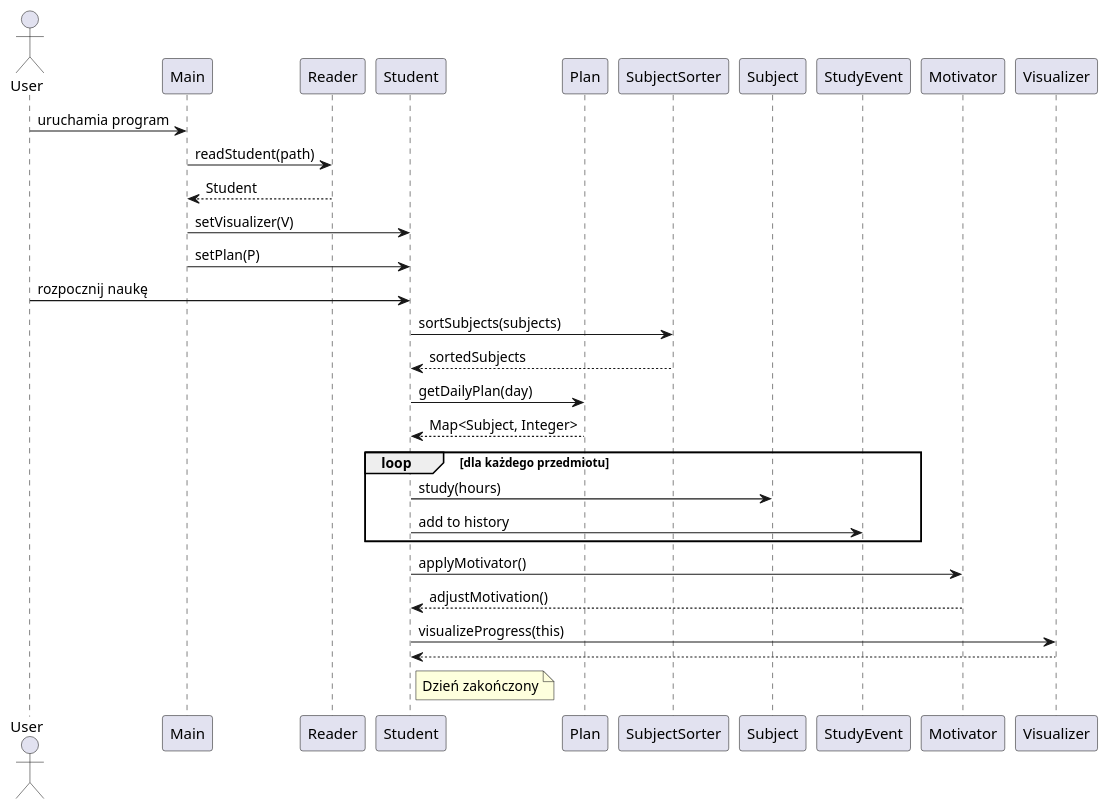
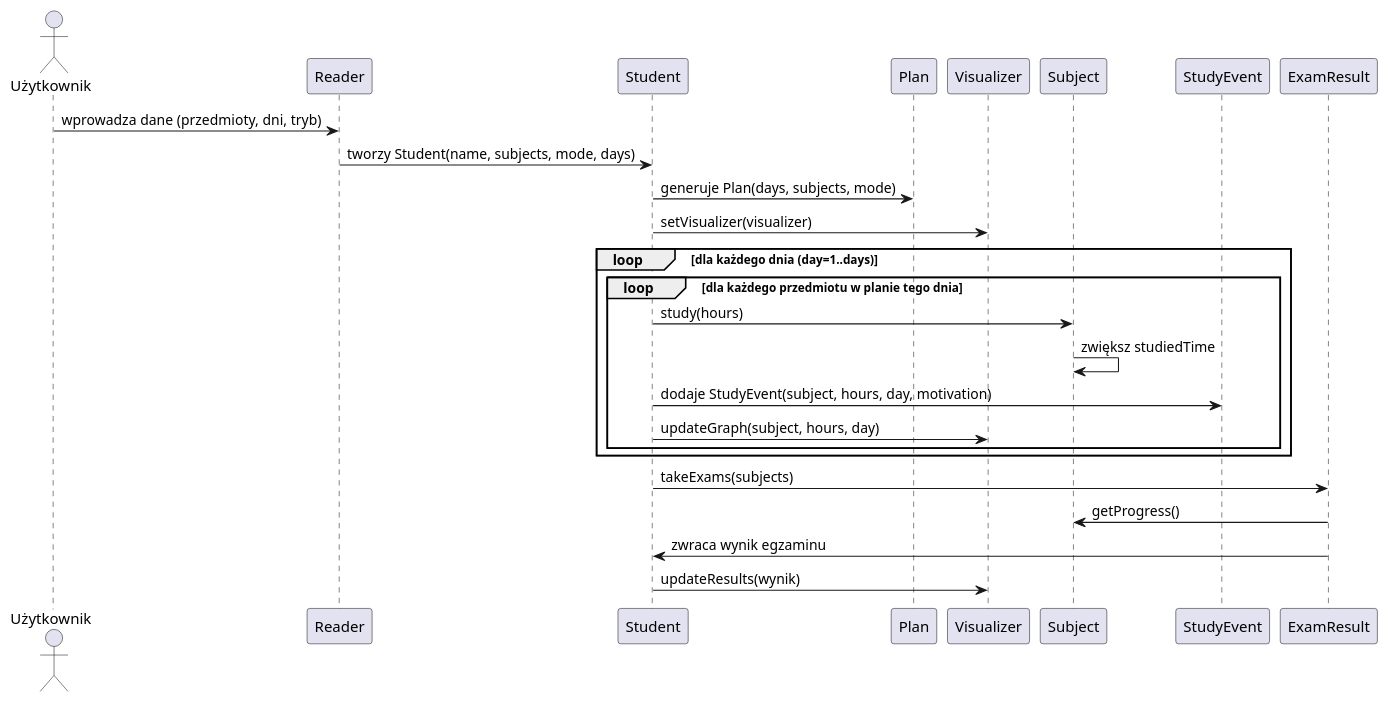
One commit to Krzyzak321/Symulator_Sesji changed the diagram in uml/Diagram sekwencji.puml. Above: the diagram before and after it, drawn with PlantUML. The commit also changed 12 other files, not shown here.

Commit message:
zmieniony uml usunięte nie używane rzeczy

```diff
--- a/uml/Diagram sekwencji.puml
+++ b/uml/Diagram sekwencji.puml
@@ -1,42 +1,22 @@
 @startuml
-actor User
-participant "Main" as Main
-participant "Reader" as R
-participant "Student" as S
-participant "Plan" as P
-participant "SubjectSorter" as SS
-participant "Subject" as Subj
-participant "StudyEvent" as SE
-participant "Motivator" as M
-participant "Visualizer" as V
+actor Użytkownik
 
-User -> Main : uruchamia program
+Użytkownik -> Reader : wprowadza dane (przedmioty, dni, tryb)
+Reader -> Student : tworzy Student(name, subjects, mode, days)
+Student -> Plan : generuje Plan(days, subjects, mode)
+Student -> Visualizer : setVisualizer(visualizer)
 
-Main -> R : readStudent(path)
-R --> Main : Student
-Main -> S : setVisualizer(V)
-Main -> S : setPlan(P)
-
-User -> S : rozpocznij naukę
-
-S -> SS : sortSubjects(subjects)
-SS --> S : sortedSubjects
-
-S -> P : getDailyPlan(day)
-P --> S : Map<Subject, Integer>
-
-loop dla każdego przedmiotu
-    S -> Subj : study(hours)
-    S -> SE : add to history
+loop dla każdego dnia (day=1..days)
+    loop dla każdego przedmiotu w planie tego dnia
+        Student -> Subject : study(hours)
+        Subject -> Subject : zwiększ studiedTime
+        Student -> StudyEvent : dodaje StudyEvent(subject, hours, day, motivation)
+        Student -> Visualizer : updateGraph(subject, hours, day)
+    end
 end
 
-S -> M : applyMotivator()
-M --> S : adjustMotivation()
-
-S -> V : visualizeProgress(this)
-V --> S
-
-note right of S
-Dzień zakończony
-end note
+Student -> ExamResult : takeExams(subjects)
+ExamResult -> Subject : getProgress()
+ExamResult -> Student : zwraca wynik egzaminu
+Student -> Visualizer : updateResults(wynik)
 @enduml
```
